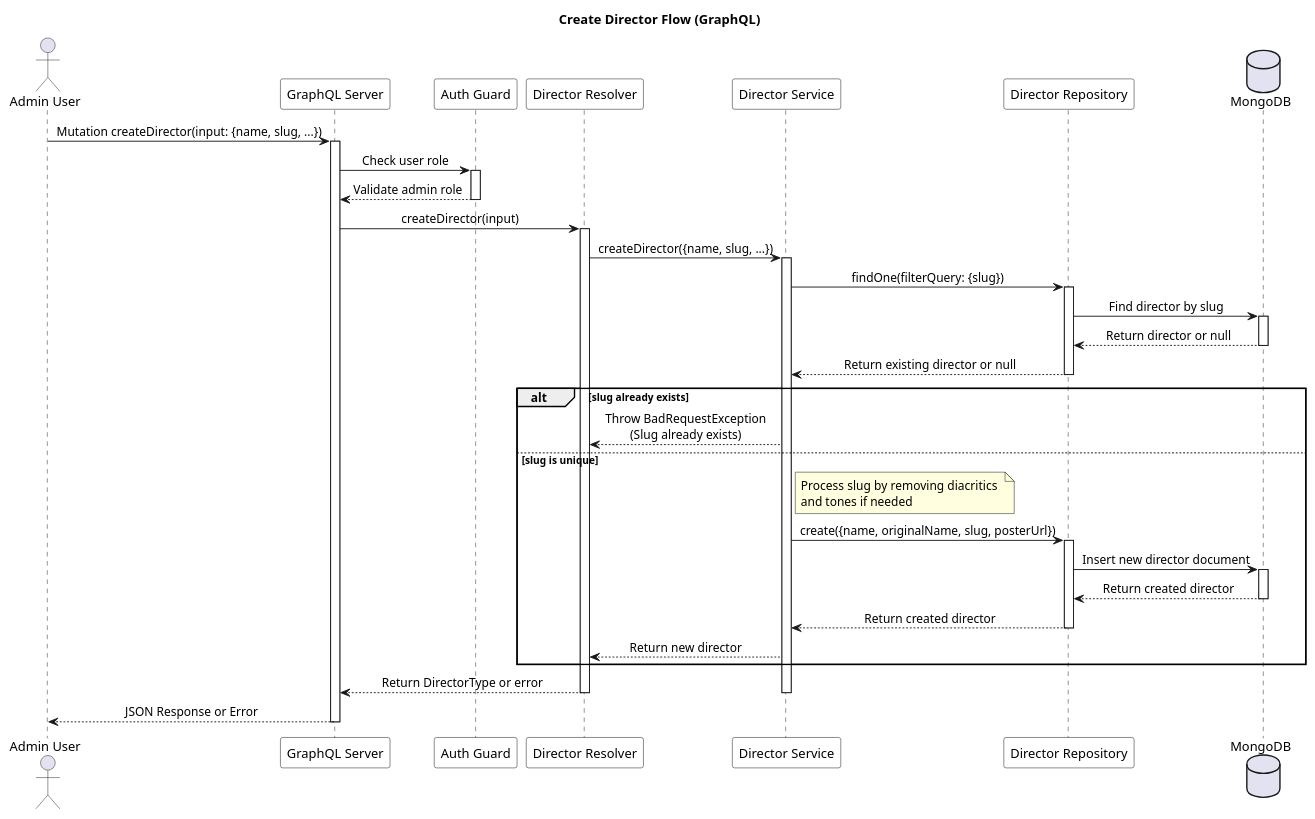
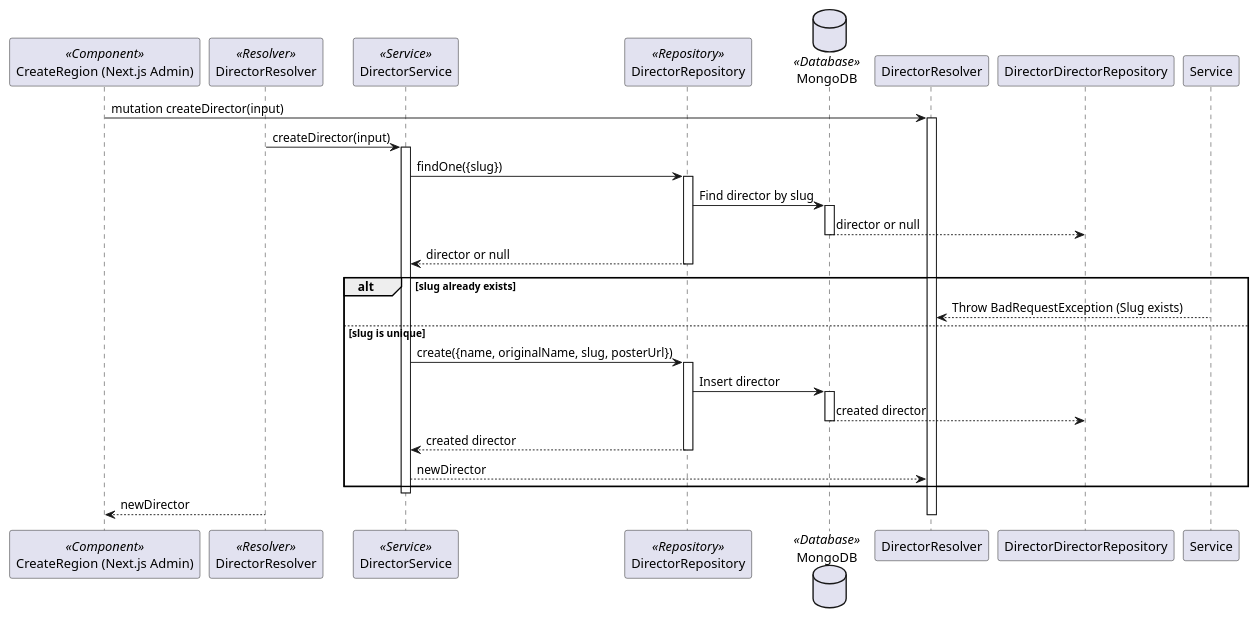
Before and after one commit to lehuygiang28/vphim: the diagram in documents/diagram/sequences/directors/create-director.puml, drawn with PlantUML. The commit also changed 43 other files, not shown here.

First line of the commit message:
refactor(diagrams): 🛠️ update sequence diagrams

```diff
--- a/documents/diagram/sequences/directors/create-director.puml
+++ b/documents/diagram/sequences/directors/create-director.puml
@@ -1,71 +1,39 @@
 @startuml Create Director Flow
 
-skinparam SequenceMessageAlignment center
-skinparam SequenceBoxBackgroundColor white
-skinparam SequenceBoxBorderColor black
-skinparam NoteBackgroundColor lightyellow
-skinparam NoteBorderColor black
-skinparam ParticipantBackgroundColor white
-skinparam ParticipantBorderColor black
+' Stereotypes: <<Component>>, <<Resolver>>, <<Service>>, <<Repository>>, <<Database>>
+participant "CreateRegion (Next.js Admin)" as CreateRegion <<Component>>
+participant "DirectorResolver" as Resolver <<Resolver>>
+participant "DirectorService" as DirectorService <<Service>>
+participant "DirectorRepository" as DirectorRepository <<Repository>>
+database "MongoDB" as DB <<Database>>
 
-title Create Director Flow (GraphQL)
+CreateRegion -> DirectorResolver: mutation createDirector(input)
+activate DirectorResolver
+Resolver -> DirectorService: createDirector(input)
+activate DirectorService
+DirectorService -> DirectorRepository: findOne({slug})
+activate DirectorRepository
+DirectorRepository -> DB: Find director by slug
+activate DB
+DB --> DirectorDirectorRepository: director or null
+deactivate DB
+DirectorRepository --> DirectorService: director or null
+deactivate DirectorRepository
+alt slug already exists
+    Service --> DirectorResolver: Throw BadRequestException (Slug exists)
+else slug is unique
+    DirectorService -> DirectorRepository: create({name, originalName, slug, posterUrl})
+    activate DirectorRepository
+    DirectorRepository -> DB: Insert director
+    activate DB
+    DB --> DirectorDirectorRepository: created director
+    deactivate DB
+    DirectorRepository --> DirectorService: created director
+    deactivate DirectorRepository
+    DirectorService --> DirectorResolver: newDirector
+end
+deactivate DirectorService
+Resolver --> CreateRegion: newDirector
+deactivate DirectorResolver
 
-actor "Admin User" as Admin
-participant "GraphQL Server" as GraphQL
-participant "Auth Guard" as Auth
-participant "Director Resolver" as Resolver
-participant "Director Service" as Service
-participant "Director Repository" as Repository
-database "MongoDB" as DB
-
-Admin -> GraphQL : Mutation createDirector(input: {name, slug, ...})
-activate GraphQL
-
-GraphQL -> Auth : Check user role
-activate Auth
-Auth --> GraphQL : Validate admin role
-deactivate Auth
-
-GraphQL -> Resolver : createDirector(input)
-activate Resolver
-
-Resolver -> Service : createDirector({name, slug, ...})
-activate Service
-
-Service -> Repository : findOne(filterQuery: {slug})
-activate Repository
-Repository -> DB : Find director by slug
-activate DB
-DB --> Repository : Return director or null
-deactivate DB
-Repository --> Service : Return existing director or null
-deactivate Repository
-
-alt slug already exists
-    Service --> Resolver : Throw BadRequestException\n(Slug already exists)
-else slug is unique
-    note right of Service
-        Process slug by removing diacritics 
-        and tones if needed
-    end note
-    
-    Service -> Repository : create({name, originalName, slug, posterUrl})
-    activate Repository
-    Repository -> DB : Insert new director document
-    activate DB
-    DB --> Repository : Return created director
-    deactivate DB
-    Repository --> Service : Return created director
-    deactivate Repository
-    
-    Service --> Resolver : Return new director
-end
-
-Resolver --> GraphQL : Return DirectorType or error
-deactivate Service
-deactivate Resolver
-
-GraphQL --> Admin : JSON Response or Error
-deactivate GraphQL
-
-@enduml 
+@enduml
```
